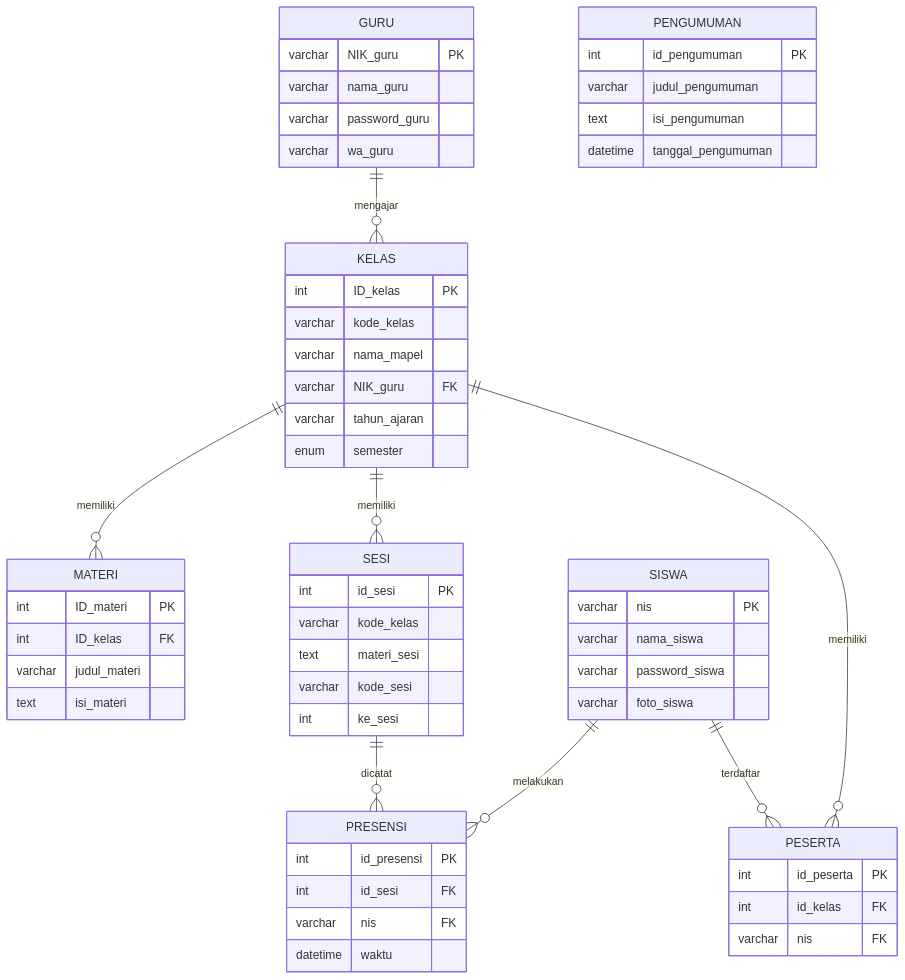
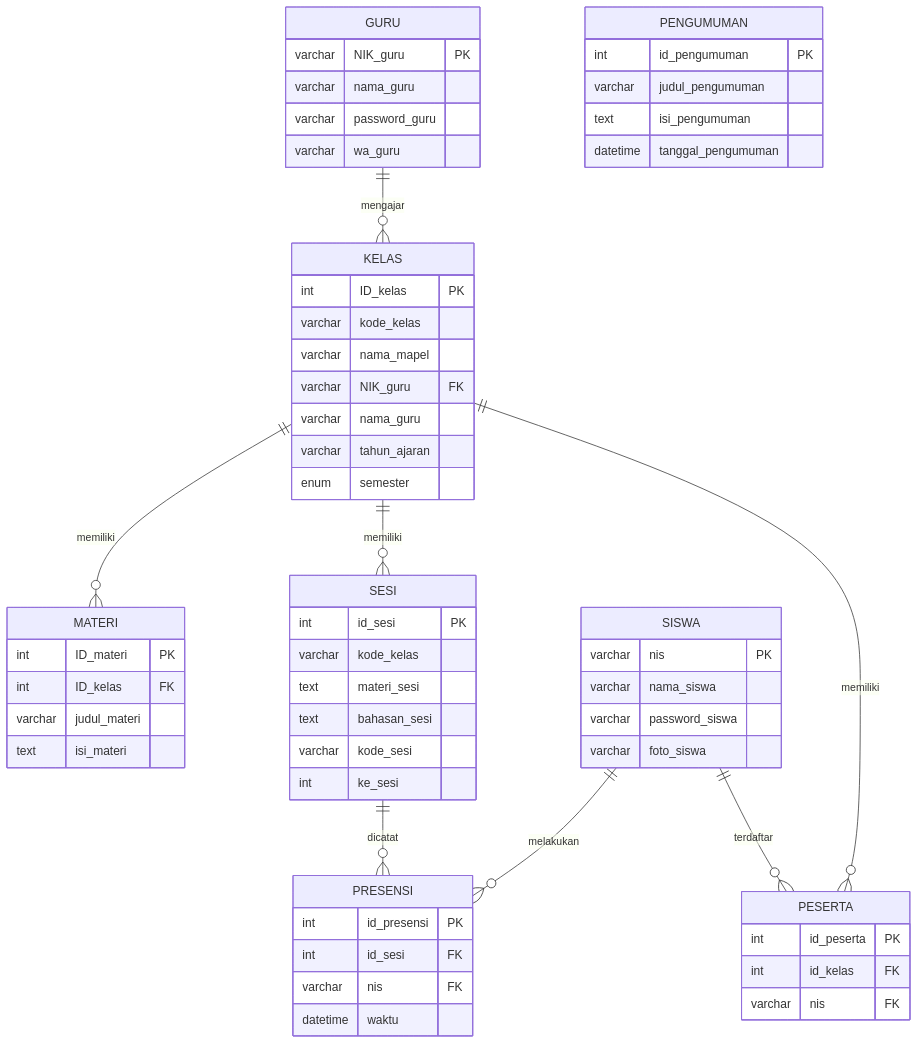
The seventh of 7 diagrams in laporan_lengkap_bp2_amikom.md (litelmurpi/azfa), drawn with Mermaid before and after one commit. The commit also changed other lines of this file, not shown here.

````diff
--- a/laporan_lengkap_bp2_amikom.md
+++ b/laporan_lengkap_bp2_amikom.md
@@ -236,68 +902,70 @@
 ```mermaid
 erDiagram
     GURU ||--o{ KELAS : mengajar
     KELAS ||--o{ MATERI : memiliki
     KELAS ||--o{ SESI : memiliki
     KELAS ||--o{ PESERTA : memiliki
     SISWA ||--o{ PESERTA : terdaftar
     SISWA ||--o{ PRESENSI : melakukan
     SESI ||--o{ PRESENSI : dicatat
 
     GURU {
         varchar NIK_guru PK
         varchar nama_guru
         varchar password_guru
         varchar wa_guru
     }
 
     SISWA {
         varchar nis PK
         varchar nama_siswa
         varchar password_siswa
         varchar foto_siswa
     }
 
     KELAS {
         int ID_kelas PK
         varchar kode_kelas
         varchar nama_mapel
         varchar NIK_guru FK
+        varchar nama_guru
         varchar tahun_ajaran
         enum semester
     }
 
     MATERI {
         int ID_materi PK
         int ID_kelas FK
         varchar judul_materi
         text isi_materi
     }
 
     SESI {
         int id_sesi PK
         varchar kode_kelas
         text materi_sesi
+        text bahasan_sesi
         varchar kode_sesi
         int ke_sesi
     }
 
     PESERTA {
         int id_peserta PK
         int id_kelas FK
         varchar nis FK
     }
 
     PRESENSI {
         int id_presensi PK
         int id_sesi FK
         varchar nis FK
         datetime waktu
     }
 
     PENGUMUMAN {
         int id_pengumuman PK
         varchar judul_pengumuman
         text isi_pengumuman
         datetime tanggal_pengumuman
     }
 ```
````
